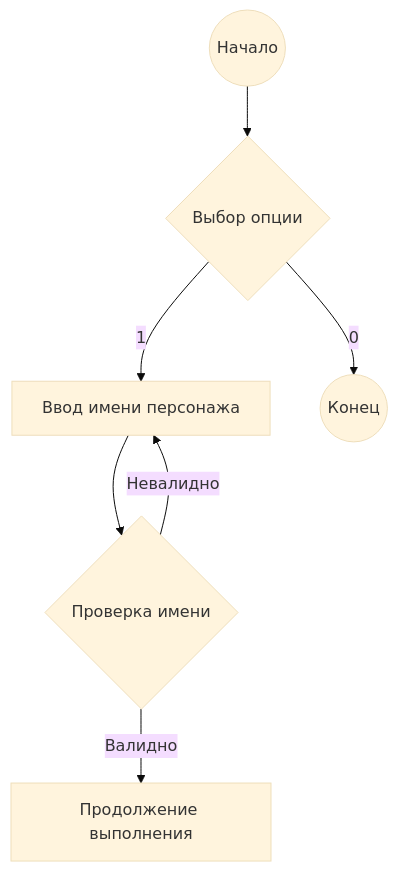
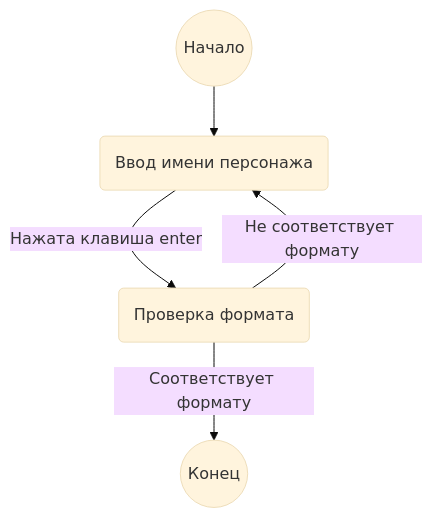
The first of 7 diagrams in docs/functions.md (EgorVarshutin22107/laughing-potato), drawn with Mermaid (base theme) before and after one commit. The commit also changed other lines of this file, not shown here.

````diff
--- a/docs/functions.md
+++ b/docs/functions.md
@@ -56,9 +56,7 @@
 ```mermaid
-graph TD
-    Start((Начало)) --> UserChoice{Выбор опции}
-    UserChoice -- 1 --> EnterName[Ввод имени персонажа]
-    EnterName --> CheckName{Проверка имени}
-    CheckName -- Валидно --> Continue[Продолжение выполнения]
-    CheckName -- Невалидно --> EnterName
-    UserChoice -- 0 --> End((Конец))
+graph TD;
+    Start((Начало)) --> InputName(Ввод имени персонажа)
+    InputName -->|Нажата клавиша enter| CheckFormat(Проверка формата)
+    CheckFormat -->|Соответствует формату| End((Конец))
+    CheckFormat -->|Не соответствует формату| InputName
 ```
````
